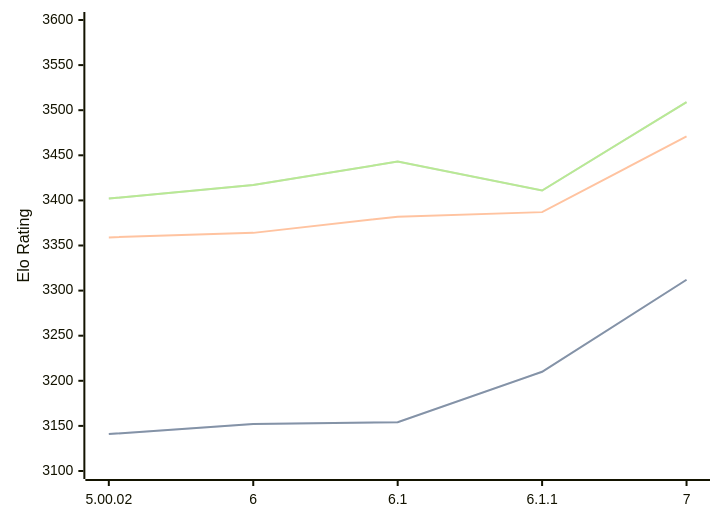
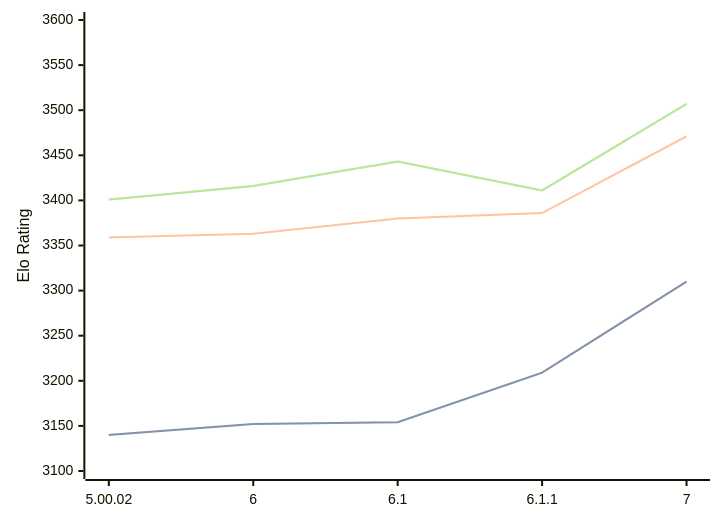
One commit to computer-chess-index/cci changed the diagram in engines/Zangdar.md. Above: the diagram before and after it, drawn with Mermaid. The commit also changed other lines of this file, not shown here.

Commit message:
Update CCI Ratings (ELO VLTC) - 2026-10-01

````diff
--- a/engines/Zangdar.md
+++ b/engines/Zangdar.md
@@ -35,11 +35,11 @@
 ```mermaid
 %%{init: {"theme":"base","themeVariables":{"seriesColors:['#a3a3a3','#222221','#faa371']}}}%%
 xychart-beta
   x-axis ["5.00.02", "6", "6.1", "6.1.1", "7"]
   y-axis "Elo Rating" 3100 --> 3600
-  line "" [3141, 3152, 3154, 3210, 3312]
-  line "STC (8.0+0.08s)" [3141, 3152, 3154, 3210, 3312]
-  line "LTC (60.0+0.60s)" [3359, 3364, 3382, 3387, 3471]
-  line "" [3402, 3417, 3443, 3411, 3509]
-  line "VLTC (2m24s+1.12s)" [3402, 3417, 3443, 3411, 3509]
+  line "" [3140, 3152, 3154, 3209, 3310]
+  line "STC (8.0+0.08s)" [3140, 3152, 3154, 3209, 3310]
+  line "LTC (60.0+0.60s)" [3359, 3363, 3380, 3386, 3471]
+  line "" [3401, 3416, 3443, 3411, 3507]
+  line "VLTC (2m24s+1.12s)" [3401, 3416, 3443, 3411, 3507]
 ```
````
